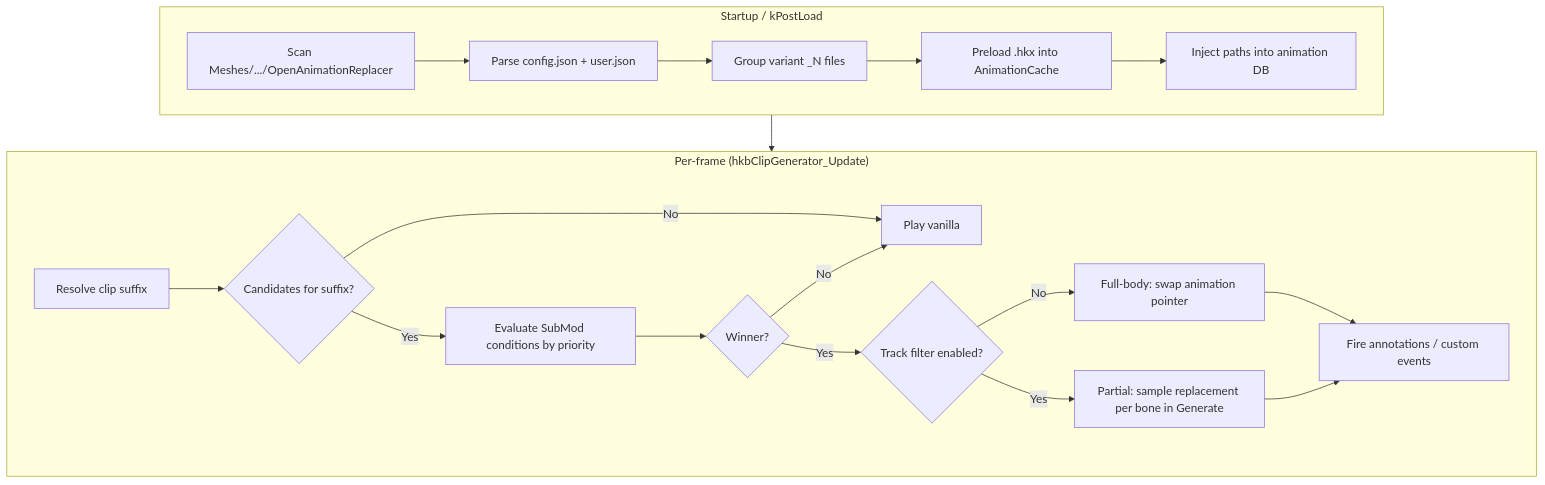
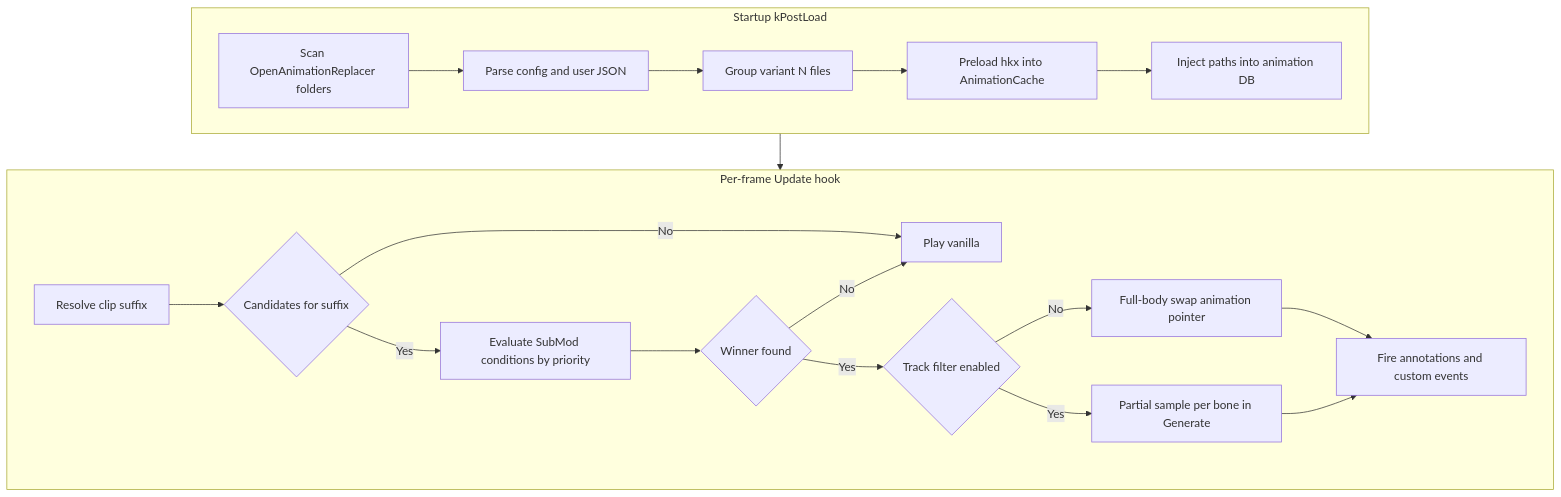
One commit to DCCStudios/F4-OpenAnimationReplacer changed the first of 6 diagrams in README.md. Above: the diagram before and after it, drawn with Mermaid. The commit also changed other lines of this file, not shown here.

Commit message:
Fix Mermaid diagram syntax for GitHub rendering

````diff
--- a/README.md
+++ b/README.md
@@ -48,24 +48,24 @@
 ```mermaid
 flowchart TB
-    subgraph load ["Startup / kPostLoad"]
-        A[Scan Meshes/.../OpenAnimationReplacer] --> B[Parse config.json + user.json]
-        B --> C[Group variant _N files]
-        C --> D[Preload .hkx into AnimationCache]
+    subgraph load ["Startup kPostLoad"]
+        A[Scan OpenAnimationReplacer folders] --> B[Parse config and user JSON]
+        B --> C[Group variant N files]
+        C --> D[Preload hkx into AnimationCache]
         D --> E[Inject paths into animation DB]
     end
 
-    subgraph runtime ["Per-frame (hkbClipGenerator_Update)"]
-        F[Resolve clip suffix] --> G{Candidates for suffix?}
+    subgraph runtime ["Per-frame Update hook"]
+        F[Resolve clip suffix] --> G{Candidates for suffix}
         G -->|No| H[Play vanilla]
         G -->|Yes| I[Evaluate SubMod conditions by priority]
-        I --> J{Winner?}
+        I --> J{Winner found}
         J -->|No| H
-        J -->|Yes| K{Track filter enabled?}
-        K -->|No| L[Full-body: swap animation pointer]
-        K -->|Yes| M[Partial: sample replacement per bone in Generate]
-        L --> N[Fire annotations / custom events]
+        J -->|Yes| K{Track filter enabled}
+        K -->|No| L[Full-body swap animation pointer]
+        K -->|Yes| M[Partial sample per bone in Generate]
+        L --> N[Fire annotations and custom events]
         M --> N
     end
 
     load --> runtime
 ```
````
